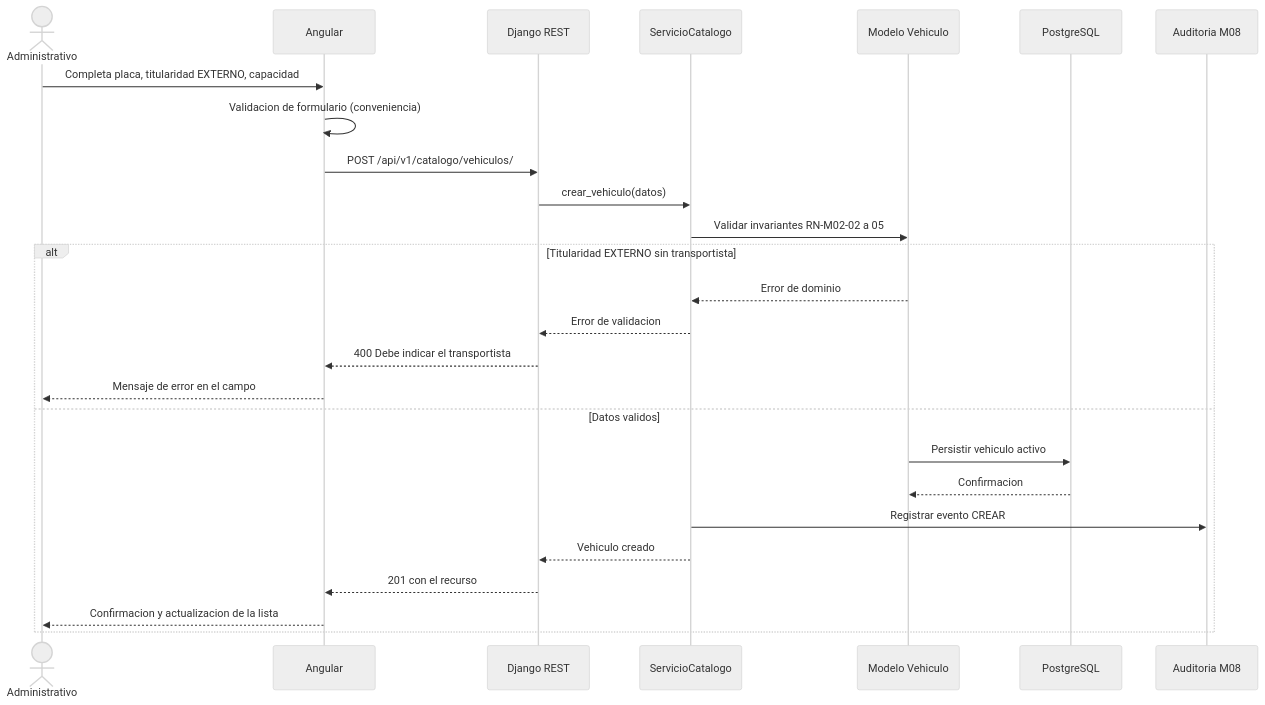
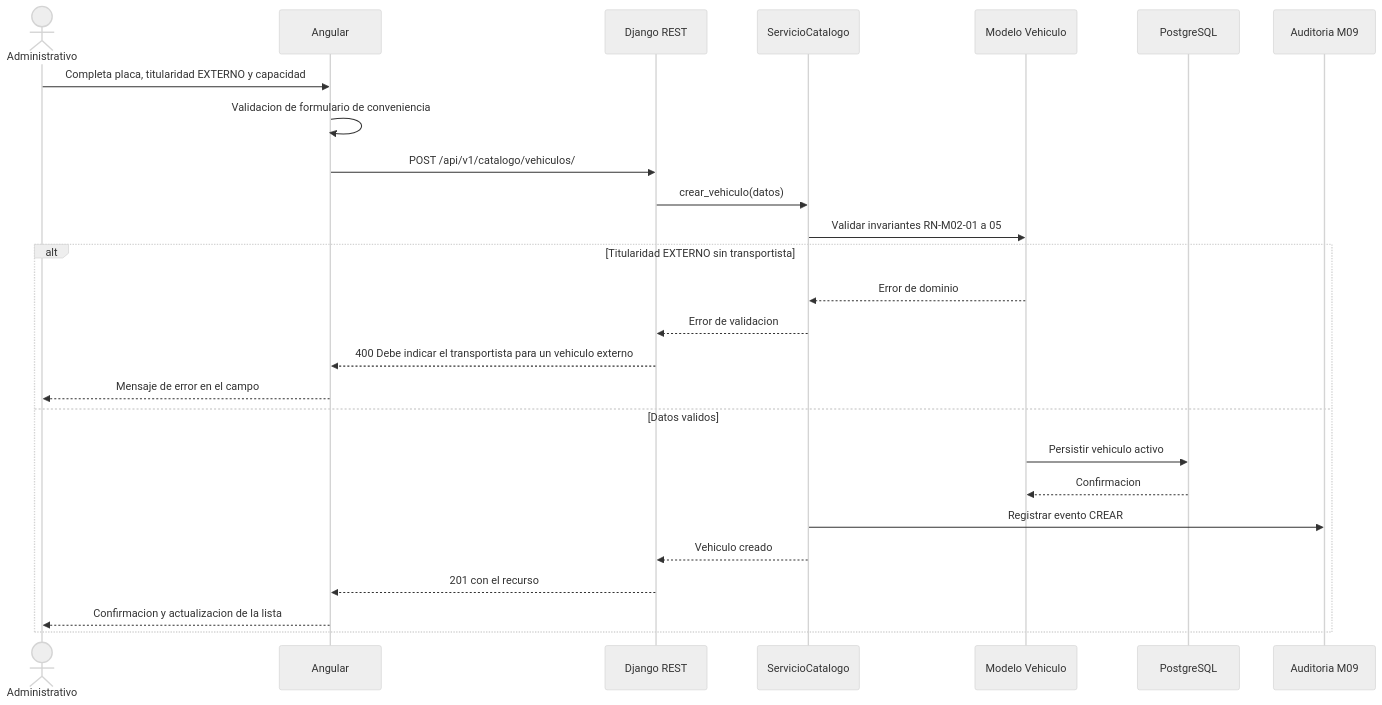
Before and after one commit to adlerOmonte1/LogisticaMinera: the first of 3 diagrams in docs/modulos/M02-catalogo/diagramas/secuencia.md, drawn with Mermaid (neutral theme). The commit also changed other lines of this file and 9 other files, not shown here.

````diff
--- a/docs/modulos/M02-catalogo/diagramas/secuencia.md
+++ b/docs/modulos/M02-catalogo/diagramas/secuencia.md
@@ -5,29 +5,30 @@
 ```mermaid
 sequenceDiagram
     actor A as Administrativo
     participant NG as Angular
     participant API as Django REST
     participant SRV as ServicioCatalogo
     participant DOM as Modelo Vehiculo
     participant DB as PostgreSQL
-    participant AUD as Auditoria M08
+    participant AUD as Auditoria M09
 
-    A->>NG: Completa placa, titularidad EXTERNO, capacidad
-    NG->>NG: Validacion de formulario (conveniencia)
+    A->>NG: Completa placa, titularidad EXTERNO y capacidad
+    NG->>NG: Validacion de formulario de conveniencia
     NG->>API: POST /api/v1/catalogo/vehiculos/
     API->>SRV: crear_vehiculo(datos)
-    SRV->>DOM: Validar invariantes RN-M02-02 a 05
+    SRV->>DOM: Validar invariantes RN-M02-01 a 05
+
     alt Titularidad EXTERNO sin transportista
         DOM-->>SRV: Error de dominio
         SRV-->>API: Error de validacion
-        API-->>NG: 400 Debe indicar el transportista
+        API-->>NG: 400 Debe indicar el transportista para un vehiculo externo
         NG-->>A: Mensaje de error en el campo
     else Datos validos
         DOM->>DB: Persistir vehiculo activo
         DB-->>DOM: Confirmacion
         SRV->>AUD: Registrar evento CREAR
         SRV-->>API: Vehiculo creado
         API-->>NG: 201 con el recurso
         NG-->>A: Confirmacion y actualizacion de la lista
     end
 ```
````
